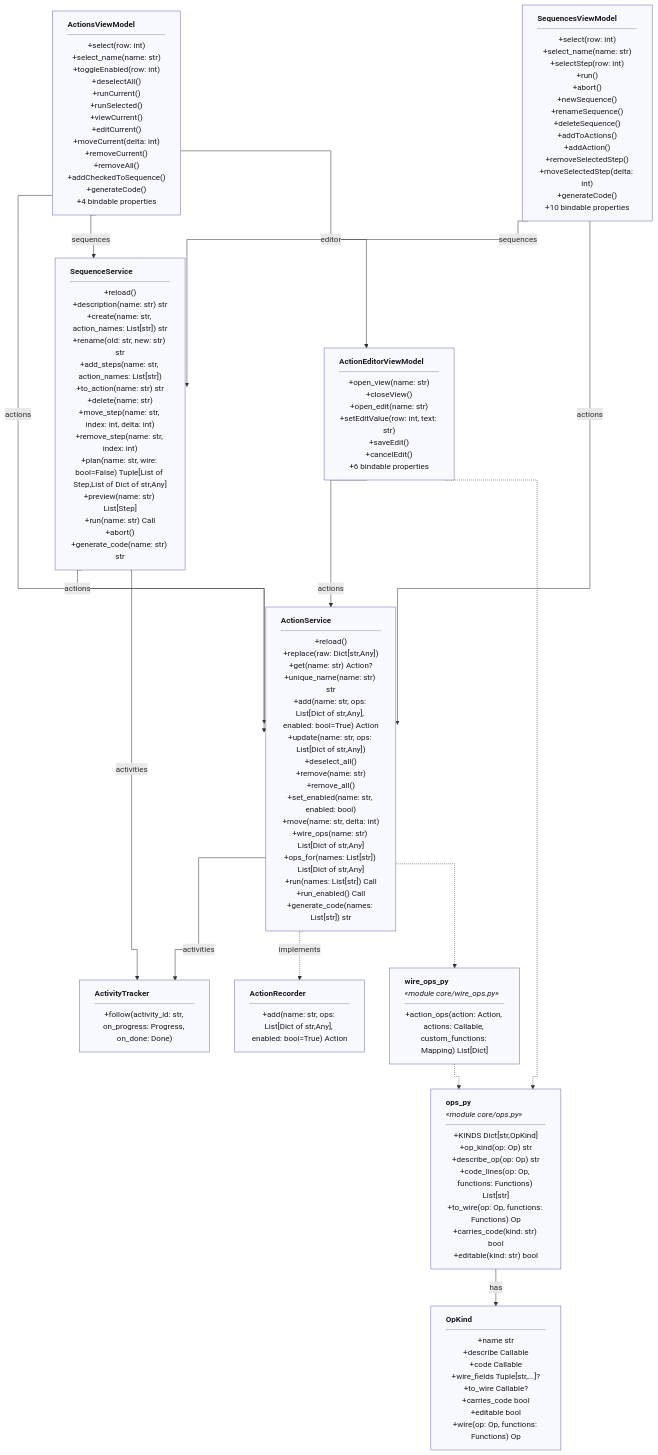
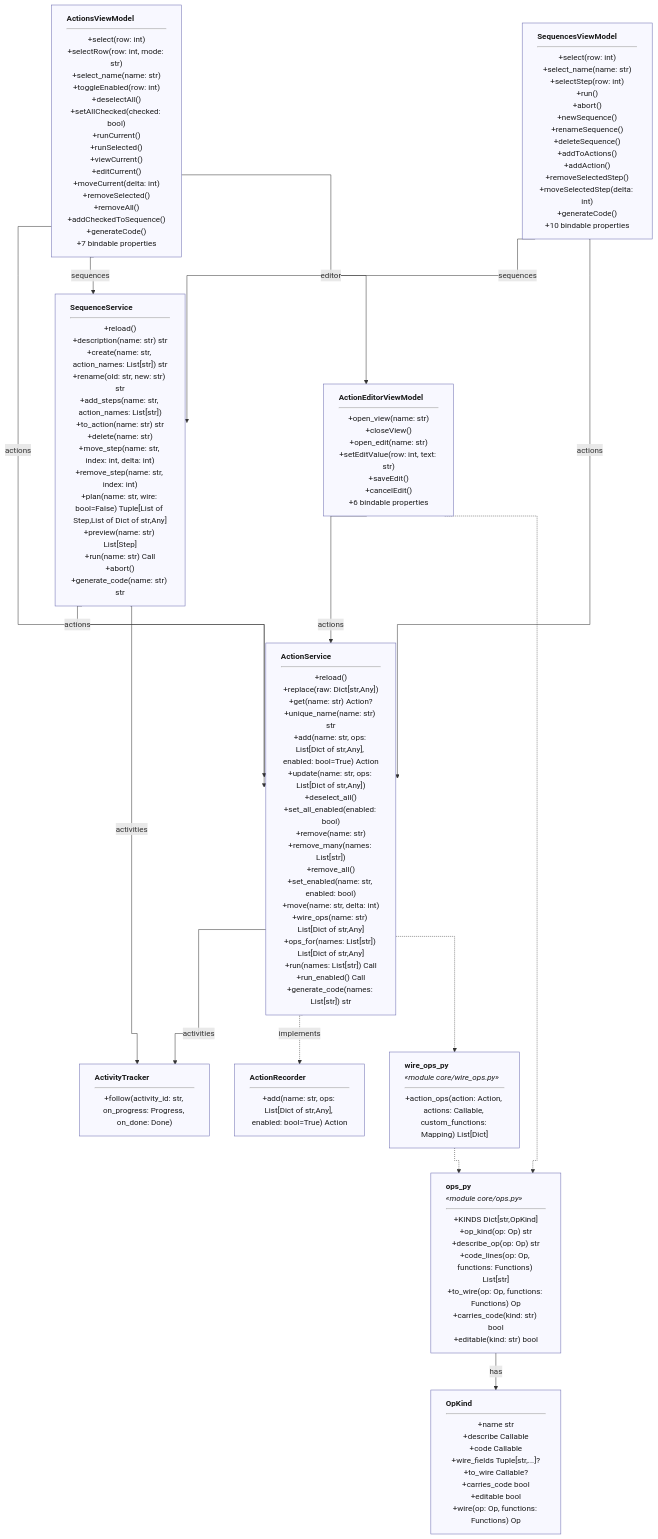
Before and after one commit to ShoyonK/sample_ui: diagram 15 of 33 in docs/ARCHITECTURE.md, drawn with Mermaid. The commit also changed other lines of this file and 120 other files, not shown here.

````diff
--- a/docs/ARCHITECTURE.md
+++ b/docs/ARCHITECTURE.md
@@ -483,30 +483,30 @@
 ```mermaid
 %%{init: {"flowchart": {"curve": "stepAfter"}}}%%
 flowchart TB
     classDef box text-align:left,fill:#f8f8ff,stroke:#6a6ab0,color:#1c1c1c
     classDef stub fill:#ffffff,stroke:#6a6ab0,stroke-dasharray:4 3,color:#1c1c1c
-    ActionService["<b>ActionService</b><hr/>+reload()<br/>+replace(raw: Dict[str,Any])<br/>+get(name: str) Action?<br/>+unique_name(name: str) str<br/>+add(name: str, ops: List[Dict of str,Any], enabled: bool=True) Action<br/>+update(name: str, ops: List[Dict of str,Any])<br/>+deselect_all()<br/>+remove(name: str)<br/>+remove_all()<br/>+set_enabled(name: str, enabled: bool)<br/>+move(name: str, delta: int)<br/>+wire_ops(name: str) List[Dict of str,Any]<br/>+ops_for(names: List[str]) List[Dict of str,Any]<br/>+run(names: List[str]) Call<br/>+run_enabled() Call<br/>+generate_code(names: List[str]) str"]:::box
+    ActionService["<b>ActionService</b><hr/>+reload()<br/>+replace(raw: Dict[str,Any])<br/>+get(name: str) Action?<br/>+unique_name(name: str) str<br/>+add(name: str, ops: List[Dict of str,Any], enabled: bool=True) Action<br/>+update(name: str, ops: List[Dict of str,Any])<br/>+deselect_all()<br/>+set_all_enabled(enabled: bool)<br/>+remove(name: str)<br/>+remove_many(names: List[str])<br/>+remove_all()<br/>+set_enabled(name: str, enabled: bool)<br/>+move(name: str, delta: int)<br/>+wire_ops(name: str) List[Dict of str,Any]<br/>+ops_for(names: List[str]) List[Dict of str,Any]<br/>+run(names: List[str]) Call<br/>+run_enabled() Call<br/>+generate_code(names: List[str]) str"]:::box
     SequenceService["<b>SequenceService</b><hr/>+reload()<br/>+description(name: str) str<br/>+create(name: str, action_names: List[str]) str<br/>+rename(old: str, new: str) str<br/>+add_steps(name: str, action_names: List[str])<br/>+to_action(name: str) str<br/>+delete(name: str)<br/>+move_step(name: str, index: int, delta: int)<br/>+remove_step(name: str, index: int)<br/>+plan(name: str, wire: bool=False) Tuple[List of Step,List of Dict of str,Any]<br/>+preview(name: str) List[Step]<br/>+run(name: str) Call<br/>+abort()<br/>+generate_code(name: str) str"]:::box
     ActionRecorder["<b>ActionRecorder</b><hr/>+add(name: str, ops: List[Dict of str,Any], enabled: bool=True) Action"]:::box
     ActivityTracker["<b>ActivityTracker</b><hr/>+follow(activity_id: str, on_progress: Progress, on_done: Done)"]:::box
     OpKind["<b>OpKind</b><hr/>+name str<br/>+describe Callable<br/>+code Callable<br/>+wire_fields Tuple[str,...]?<br/>+to_wire Callable?<br/>+carries_code bool<br/>+editable bool<br/>+wire(op: Op, functions: Functions) Op"]:::box
-    ActionsViewModel["<b>ActionsViewModel</b><hr/>+select(row: int)<br/>+select_name(name: str)<br/>+toggleEnabled(row: int)<br/>+deselectAll()<br/>+runCurrent()<br/>+runSelected()<br/>+viewCurrent()<br/>+editCurrent()<br/>+moveCurrent(delta: int)<br/>+removeCurrent()<br/>+removeAll()<br/>+addCheckedToSequence()<br/>+generateCode()<br/>+4 bindable properties"]:::box
+    ActionsViewModel["<b>ActionsViewModel</b><hr/>+select(row: int)<br/>+selectRow(row: int, mode: str)<br/>+select_name(name: str)<br/>+toggleEnabled(row: int)<br/>+deselectAll()<br/>+setAllChecked(checked: bool)<br/>+runCurrent()<br/>+runSelected()<br/>+viewCurrent()<br/>+editCurrent()<br/>+moveCurrent(delta: int)<br/>+removeSelected()<br/>+removeAll()<br/>+addCheckedToSequence()<br/>+generateCode()<br/>+7 bindable properties"]:::box
     SequencesViewModel["<b>SequencesViewModel</b><hr/>+select(row: int)<br/>+select_name(name: str)<br/>+selectStep(row: int)<br/>+run()<br/>+abort()<br/>+newSequence()<br/>+renameSequence()<br/>+deleteSequence()<br/>+addToActions()<br/>+addAction()<br/>+removeSelectedStep()<br/>+moveSelectedStep(delta: int)<br/>+generateCode()<br/>+10 bindable properties"]:::box
     ActionEditorViewModel["<b>ActionEditorViewModel</b><hr/>+open_view(name: str)<br/>+closeView()<br/>+open_edit(name: str)<br/>+setEditValue(row: int, text: str)<br/>+saveEdit()<br/>+cancelEdit()<br/>+6 bindable properties"]:::box
     ops_py["<b>ops_py</b><br/><i>«module core/ops.py»</i><hr/>+KINDS Dict[str,OpKind]<br/>+op_kind(op: Op) str<br/>+describe_op(op: Op) str<br/>+code_lines(op: Op, functions: Functions) List[str]<br/>+to_wire(op: Op, functions: Functions) Op<br/>+carries_code(kind: str) bool<br/>+editable(kind: str) bool"]:::box
     wire_ops_py["<b>wire_ops_py</b><br/><i>«module core/wire_ops.py»</i><hr/>+action_ops(action: Action, actions: Callable, custom_functions: Mapping) List[Dict]"]:::box
     ActionService -->|"activities"| ActivityTracker
     SequenceService -->|"actions"| ActionService
     SequenceService -->|"activities"| ActivityTracker
     ActionsViewModel -->|"actions"| ActionService
     ActionsViewModel -->|"sequences"| SequenceService
     ActionsViewModel -->|"editor"| ActionEditorViewModel
     SequencesViewModel -->|"sequences"| SequenceService
     SequencesViewModel -->|"actions"| ActionService
     ActionEditorViewModel -->|"actions"| ActionService
     ActionService -.->|"implements"| ActionRecorder
     ops_py -->|"has"| OpKind
     wire_ops_py -.-> ops_py
     ActionService -.-> wire_ops_py
     ActionEditorViewModel -.-> ops_py
 ```
````
